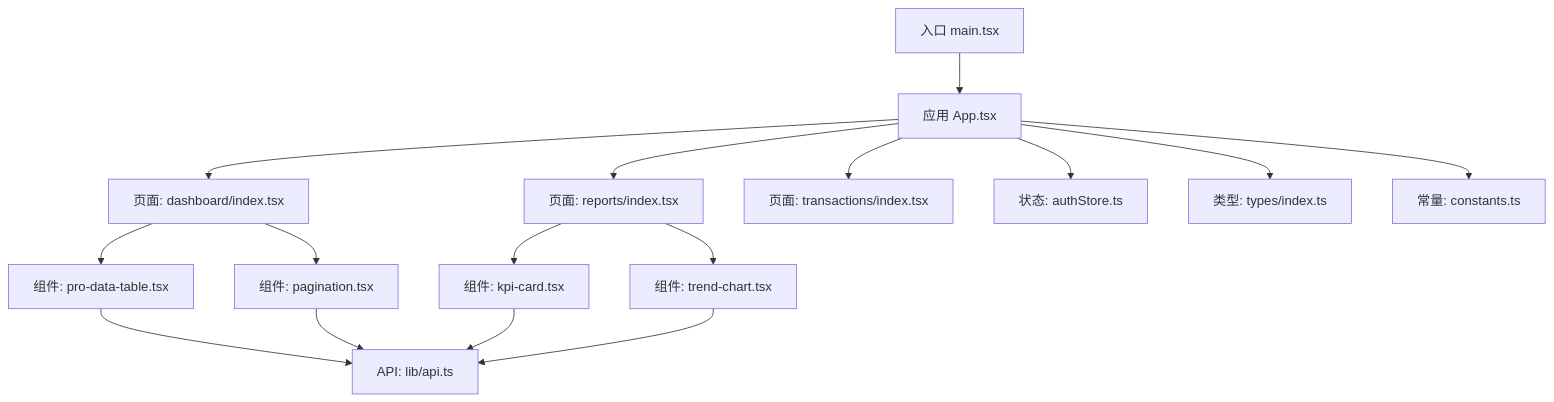
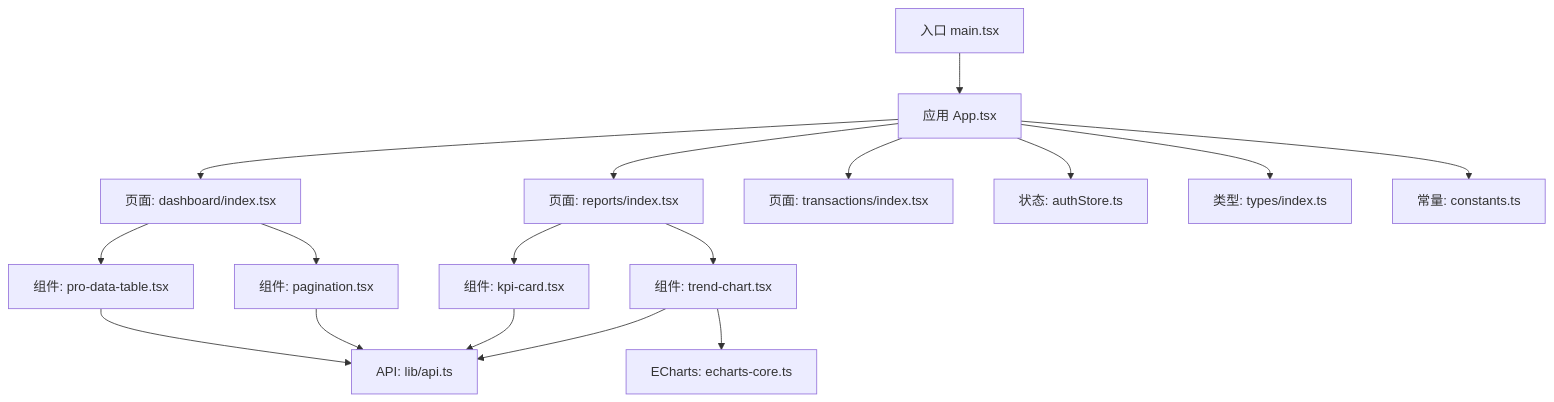
One commit to Damao997/newproject changed the first of 8 diagrams in .qoder/repowiki/zh/content/性能优化/性能优化.md. Above: the diagram before and after it, drawn with Mermaid. The commit also changed other lines of this file and 26 other files, not shown here.

````diff
--- a/.qoder/repowiki/zh/content/性能优化/性能优化.md
+++ b/.qoder/repowiki/zh/content/性能优化/性能优化.md
@@ -41,18 +51,19 @@
 ```mermaid
 graph TB
 A["入口 main.tsx"] --> B["应用 App.tsx"]
 B --> C["页面: dashboard/index.tsx"]
 B --> D["页面: reports/index.tsx"]
 B --> E["页面: transactions/index.tsx"]
 C --> F["组件: pro-data-table.tsx"]
 C --> G["组件: pagination.tsx"]
 D --> H["组件: kpi-card.tsx"]
 D --> I["组件: trend-chart.tsx"]
-F --> J["API: lib/api.ts"]
-G --> J
-H --> J
-I --> J
-B --> K["状态: authStore.ts"]
-B --> L["类型: types/index.ts"]
-B --> M["常量: constants.ts"]
+I --> J["ECharts: echarts-core.ts"]
+F --> K["API: lib/api.ts"]
+G --> K
+H --> K
+I --> K
+B --> L["状态: authStore.ts"]
+B --> M["类型: types/index.ts"]
+B --> N["常量: constants.ts"]
 ```
````
